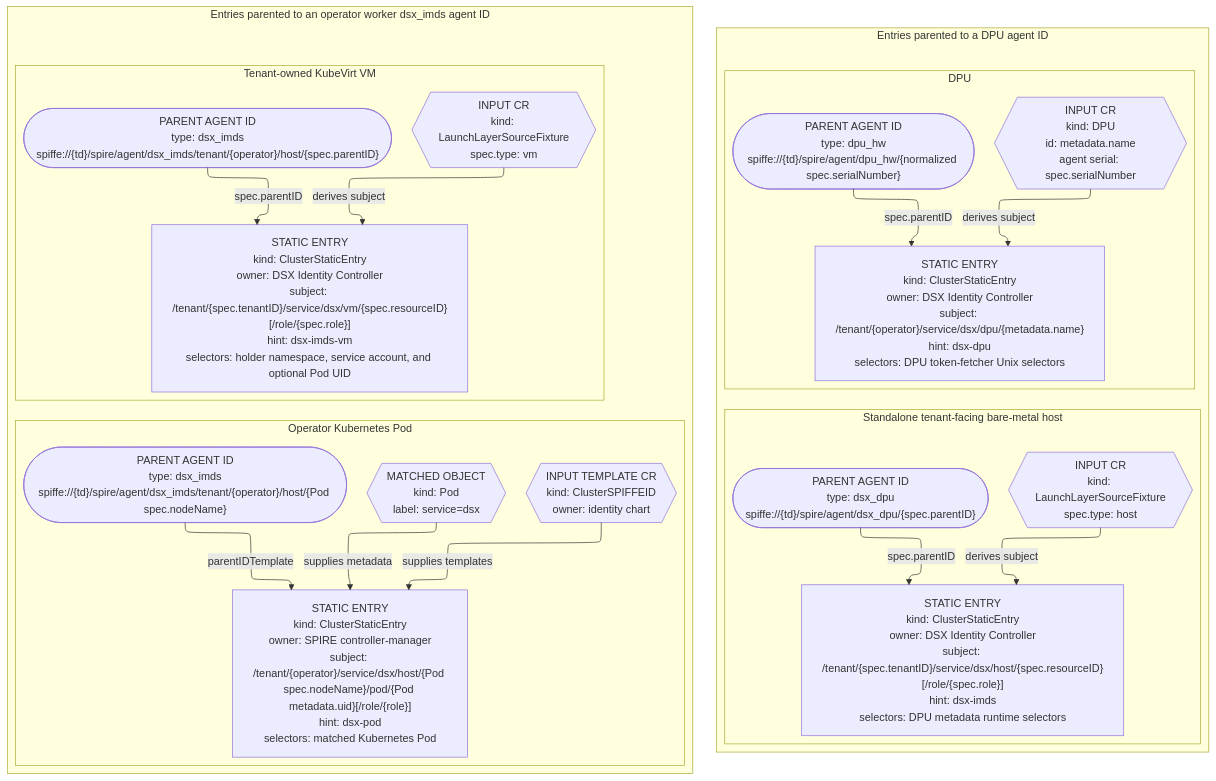
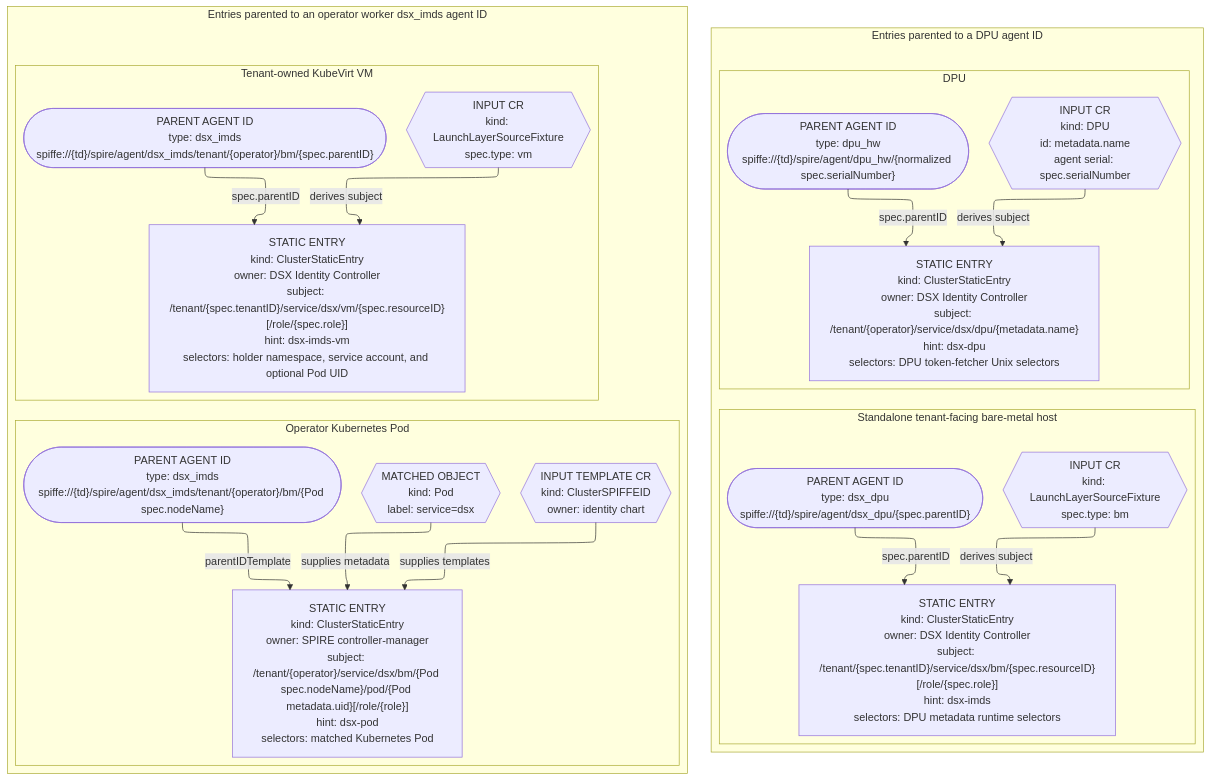
One commit to dsx-ai-factory/nvidia-workload-identity changed the third of 7 diagrams in README.md. Above: the diagram before and after it, drawn with Mermaid. The commit also changed other lines of this file and 24 other files, not shown here.

Commit message:
fix(VMAAS-1586): use BM identity resource type

````diff
--- a/README.md
+++ b/README.md
@@ -266,50 +266,50 @@
 ```mermaid
 %%{init: {"flowchart": {"defaultRenderer": "elk"}, "elk": {"nodePlacementStrategy": "SIMPLE"}}}%%
 flowchart TB
 
   subgraph DPUParented["Entries parented to a DPU agent ID"]
     direction LR
 
     subgraph DPULane["DPU"]
       direction TB
       DPUCR{{"INPUT CR<br/>kind: DPU<br/>id: metadata.name<br/>agent serial: spec.serialNumber"}}
       DPUParent(["PARENT AGENT ID<br/>type: dpu_hw<br/>spiffe://{td}/spire/agent/dpu_hw/{normalized spec.serialNumber}"])
       DPUEntry["STATIC ENTRY<br/>kind: ClusterStaticEntry<br/>owner: DSX Identity Controller<br/>subject: /tenant/{operator}/service/dsx/dpu/{metadata.name}<br/>hint: dsx-dpu<br/>selectors: DPU token-fetcher Unix selectors"]
       DPUCR -->|"derives subject"| DPUEntry
       DPUParent -->|"spec.parentID"| DPUEntry
     end
 
     subgraph HostLane["Standalone tenant-facing bare-metal host"]
       direction TB
-      HostSource{{"INPUT CR<br/>kind: LaunchLayerSourceFixture<br/>spec.type: host"}}
+      HostSource{{"INPUT CR<br/>kind: LaunchLayerSourceFixture<br/>spec.type: bm"}}
       HostParent(["PARENT AGENT ID<br/>type: dsx_dpu<br/>spiffe://{td}/spire/agent/dsx_dpu/{spec.parentID}"])
-      HostEntry["STATIC ENTRY<br/>kind: ClusterStaticEntry<br/>owner: DSX Identity Controller<br/>subject: /tenant/{spec.tenantID}/service/dsx/host/{spec.resourceID}[/role/{spec.role}]<br/>hint: dsx-imds<br/>selectors: DPU metadata runtime selectors"]
+      HostEntry["STATIC ENTRY<br/>kind: ClusterStaticEntry<br/>owner: DSX Identity Controller<br/>subject: /tenant/{spec.tenantID}/service/dsx/bm/{spec.resourceID}[/role/{spec.role}]<br/>hint: dsx-imds<br/>selectors: DPU metadata runtime selectors"]
       HostSource -->|"derives subject"| HostEntry
       HostParent -->|"spec.parentID"| HostEntry
     end
   end
 
   subgraph HostParented["Entries parented to an operator worker dsx_imds agent ID"]
     direction LR
 
     subgraph PodLane["Operator Kubernetes Pod"]
       direction TB
       PodTemplate{{"INPUT TEMPLATE CR<br/>kind: ClusterSPIFFEID<br/>owner: identity chart"}}
       PodObject{{"MATCHED OBJECT<br/>kind: Pod<br/>label: service=dsx"}}
-      PodParent(["PARENT AGENT ID<br/>type: dsx_imds<br/>spiffe://{td}/spire/agent/dsx_imds/tenant/{operator}/host/{Pod spec.nodeName}"])
-      PodEntry["STATIC ENTRY<br/>kind: ClusterStaticEntry<br/>owner: SPIRE controller-manager<br/>subject: /tenant/{operator}/service/dsx/host/{Pod spec.nodeName}/pod/{Pod metadata.uid}[/role/{role}]<br/>hint: dsx-pod<br/>selectors: matched Kubernetes Pod"]
+      PodParent(["PARENT AGENT ID<br/>type: dsx_imds<br/>spiffe://{td}/spire/agent/dsx_imds/tenant/{operator}/bm/{Pod spec.nodeName}"])
+      PodEntry["STATIC ENTRY<br/>kind: ClusterStaticEntry<br/>owner: SPIRE controller-manager<br/>subject: /tenant/{operator}/service/dsx/bm/{Pod spec.nodeName}/pod/{Pod metadata.uid}[/role/{role}]<br/>hint: dsx-pod<br/>selectors: matched Kubernetes Pod"]
       PodTemplate -->|"supplies templates"| PodEntry
       PodObject -->|"supplies metadata"| PodEntry
       PodParent -->|"parentIDTemplate"| PodEntry
     end
 
     subgraph VMLane["Tenant-owned KubeVirt VM"]
       direction TB
       VMSource{{"INPUT CR<br/>kind: LaunchLayerSourceFixture<br/>spec.type: vm"}}
-      VMParent(["PARENT AGENT ID<br/>type: dsx_imds<br/>spiffe://{td}/spire/agent/dsx_imds/tenant/{operator}/host/{spec.parentID}"])
+      VMParent(["PARENT AGENT ID<br/>type: dsx_imds<br/>spiffe://{td}/spire/agent/dsx_imds/tenant/{operator}/bm/{spec.parentID}"])
       VMEntry["STATIC ENTRY<br/>kind: ClusterStaticEntry<br/>owner: DSX Identity Controller<br/>subject: /tenant/{spec.tenantID}/service/dsx/vm/{spec.resourceID}[/role/{spec.role}]<br/>hint: dsx-imds-vm<br/>selectors: holder namespace, service account, and optional Pod UID"]
       VMSource -->|"derives subject"| VMEntry
       VMParent -->|"spec.parentID"| VMEntry
     end
   end
 ```
````
